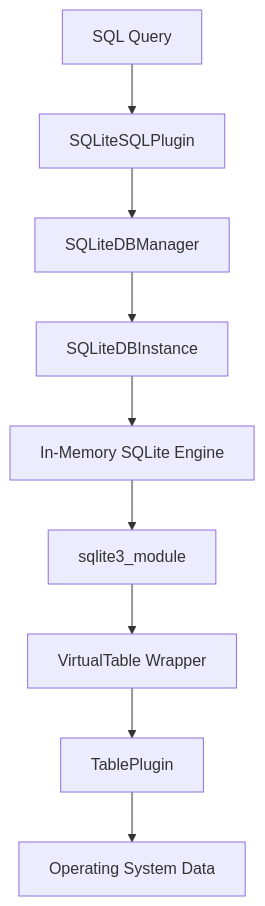
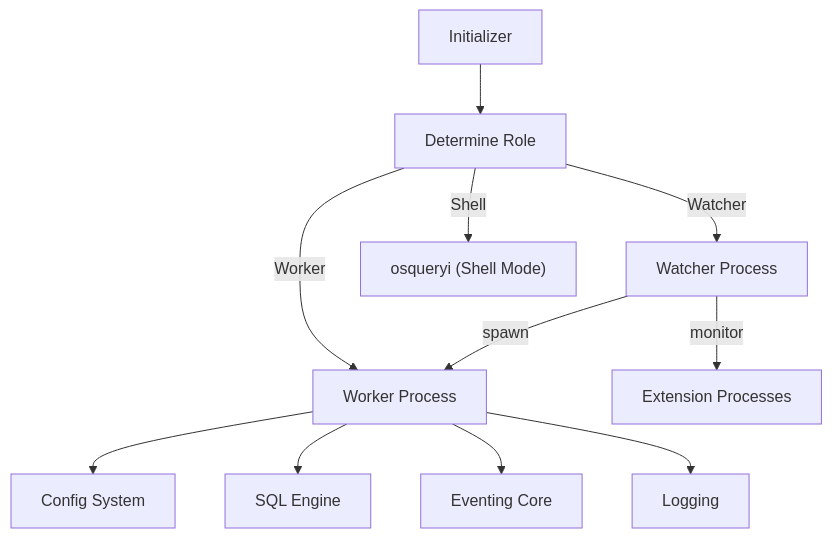
Before and after one commit to flamingo-stack/osquery: the second of 8 diagrams in docs/development/architecture/README.md, drawn with Mermaid. The commit also changed other lines of this file and 388 other files, not shown here.

````diff
--- a/docs/development/architecture/README.md
+++ b/docs/development/architecture/README.md
@@ -87,11 +63,16 @@
 ```mermaid
-graph TD
-    Query["SQL Query"] --> SQLPlugin["SQLiteSQLPlugin"]
-    SQLPlugin --> DBManager["SQLiteDBManager"]
-    DBManager --> DBInst["SQLiteDBInstance"]
-    DBInst --> SQLiteCore["In-Memory SQLite Engine"]
-    SQLiteCore --> VTabModule["sqlite3_module"]
-    VTabModule --> VirtualTable["VirtualTable Wrapper"]
-    VirtualTable --> TablePlugin["TablePlugin"]
-    TablePlugin --> OS["Operating System Data"]
+flowchart TD
+    Init["Initializer"] --> RoleCheck["Determine Role"]
+
+    RoleCheck -->|"Watcher"| WatcherProc["Watcher Process"]
+    RoleCheck -->|"Worker"| WorkerProc["Worker Process"]
+    RoleCheck -->|"Shell"| ShellProc["osqueryi (Shell Mode)"]
+
+    WatcherProc -->|"spawn"| WorkerProc
+    WatcherProc -->|"monitor"| Extensions["Extension Processes"]
+
+    WorkerProc --> Config["Config System"]
+    WorkerProc --> SQL["SQL Engine"]
+    WorkerProc --> Events["Eventing Core"]
+    WorkerProc --> Logger["Logging"]
 ```
````
